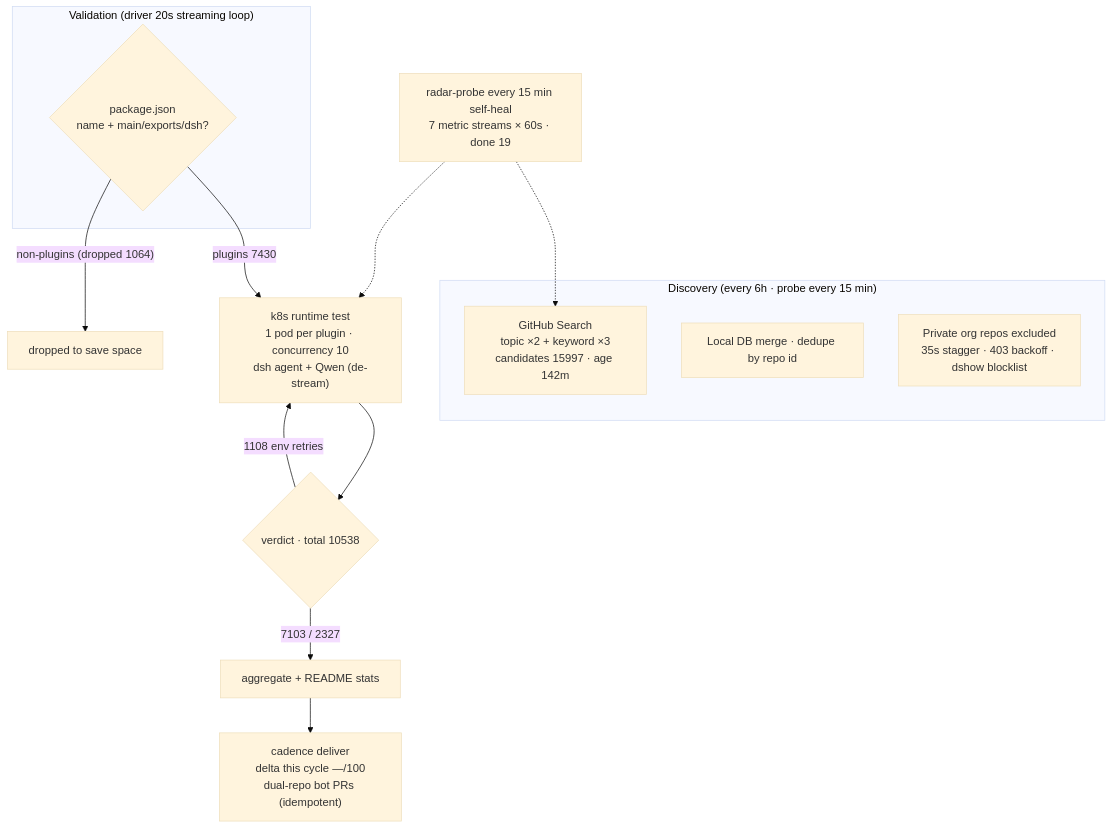
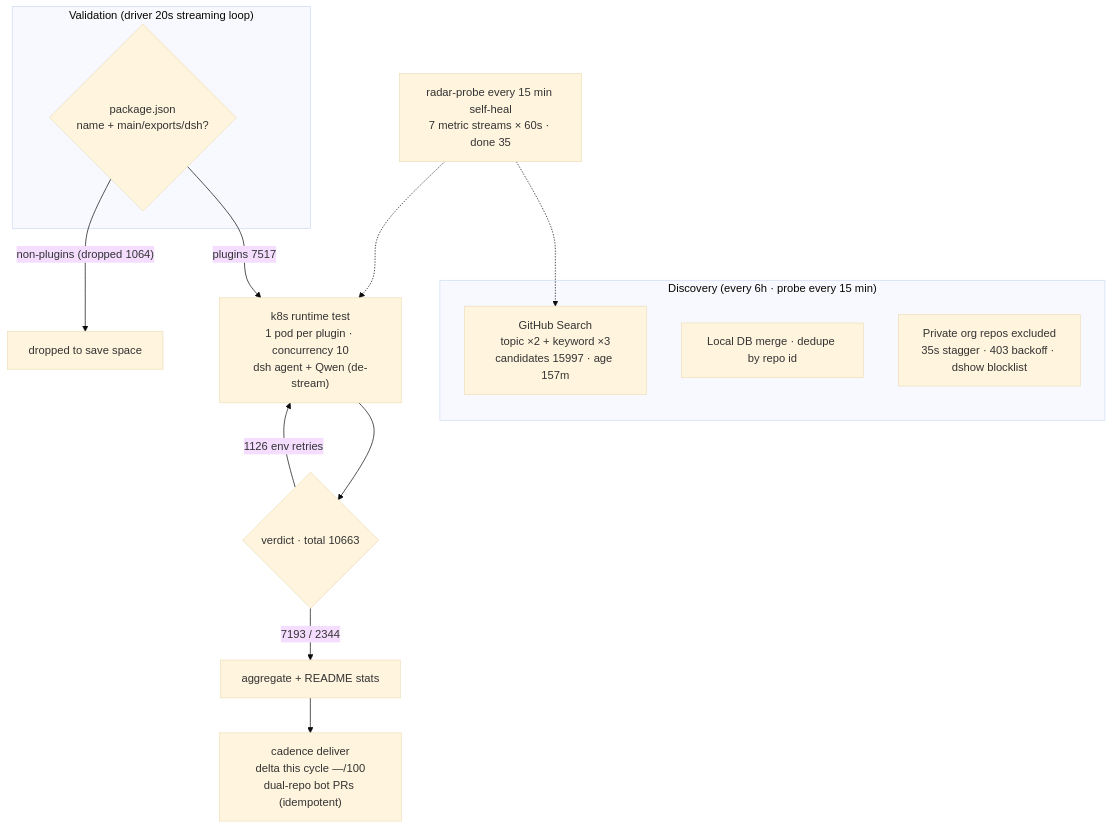
Before and after one commit to AdamPlatin123/awesome-dsh-plugins: the diagram in README.en-US.md, drawn with Mermaid (base theme). The commit also changed other lines of this file and 4 other files, not shown here.

````diff
--- a/README.en-US.md
+++ b/README.en-US.md
@@ -45,20 +45,20 @@
 ```mermaid
 flowchart TB
     subgraph Discovery["Discovery (every 6h · probe every 15 min)"]
-        A1["GitHub Search<br/>topic ×2 + keyword ×3<br/>candidates 15997 · age 142m"]
+        A1["GitHub Search<br/>topic ×2 + keyword ×3<br/>candidates 15997 · age 157m"]
         A2["Local DB merge · dedupe by repo id"]
         A3["Private org repos excluded<br/>35s stagger · 403 backoff · dshow blocklist"]
     end
     subgraph Validation["Validation (driver 20s streaming loop)"]
         B1{"package.json<br/>name + main/exports/dsh?"}
     end
-    B1 -->|"plugins 7430"| C1["k8s runtime test<br/>1 pod per plugin · concurrency 10<br/>dsh agent + Qwen (de-stream)"]
+    B1 -->|"plugins 7517"| C1["k8s runtime test<br/>1 pod per plugin · concurrency 10<br/>dsh agent + Qwen (de-stream)"]
     B1 -->|"non-plugins (dropped 1064)"| B3["dropped to save space"]
-    C1 --> D1{"verdict · total 10538"}
-    D1 -->|"7103 / 2327"| E1["aggregate + README stats"]
-    D1 -->|"1108 env retries"| C1
+    C1 --> D1{"verdict · total 10663"}
+    D1 -->|"7193 / 2344"| E1["aggregate + README stats"]
+    D1 -->|"1126 env retries"| C1
     E1 --> E2["cadence deliver<br/>delta this cycle —/100<br/>dual-repo bot PRs (idempotent)"]
-    M["radar-probe every 15 min self-heal<br/>7 metric streams × 60s · done 19"]
+    M["radar-probe every 15 min self-heal<br/>7 metric streams × 60s · done 35"]
     M -.-> A1
     M -.-> C1
 ```
````
